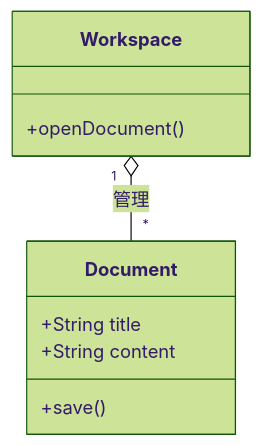
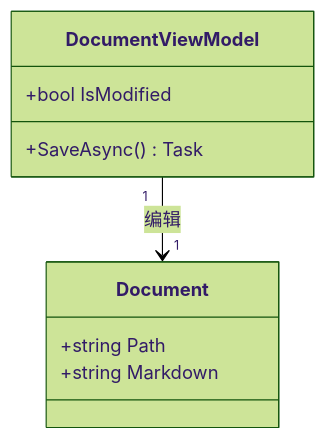
The ninth of 24 diagrams in docs/演示文档/Mermaid 图表图鉴.md (dotnet9/Vex), drawn with Mermaid (forest theme) before and after one commit. The commit also changed other lines of this file and 23 other files, not shown here.

Commit message:
完善(演示文档)：围绕 .NET 与 Avalonia 重编示例并补齐 24 类图表

````diff
--- a/docs/演示文档/Mermaid 图表图鉴.md
+++ b/docs/演示文档/Mermaid 图表图鉴.md
@@ -119,12 +122,12 @@
 ```mermaid
 classDiagram
   class Document {
-    +String title
-    +String content
-    +save()
+    +string Path
+    +string Markdown
   }
-  class Workspace {
-    +openDocument()
+  class DocumentViewModel {
+    +bool IsModified
+    +SaveAsync() Task
   }
-  Workspace "1" o-- "*" Document : 管理
+  DocumentViewModel "1" --> "1" Document : 编辑
 ```
````
